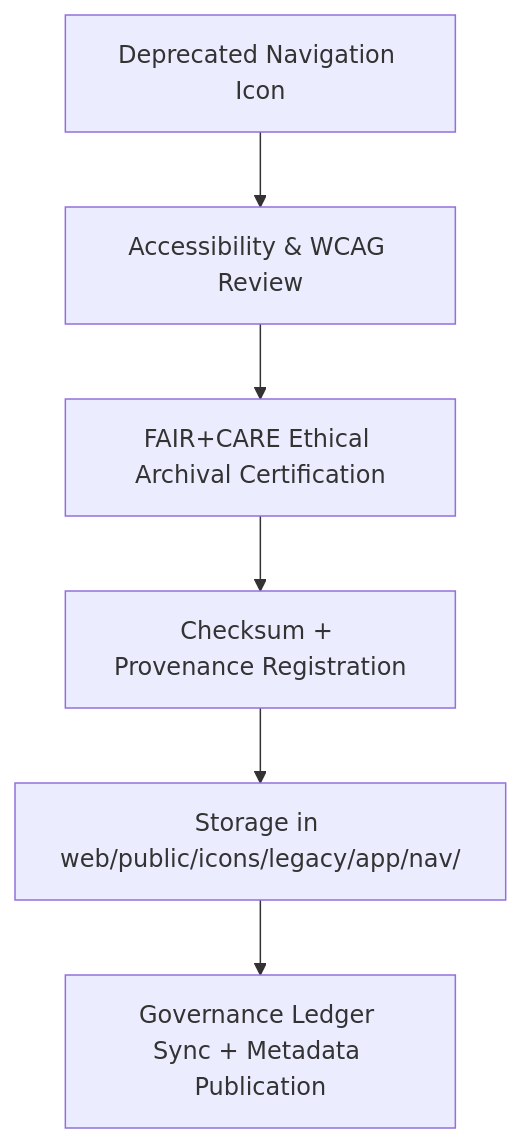
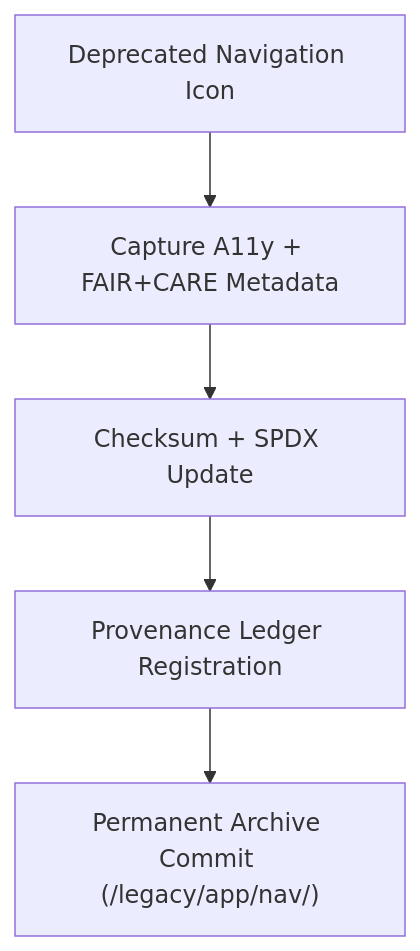
Before and after one commit to bartytime4life/Kansas-Frontier-Matrix: the diagram in web/public/icons/legacy/app/nav/README.md, drawn with Mermaid. The commit also changed other lines of this file, not shown here.

````diff
--- a/web/public/icons/legacy/app/nav/README.md
+++ b/web/public/icons/legacy/app/nav/README.md
@@ -65,8 +56,7 @@
 ```mermaid
 flowchart TD
-    A["Deprecated Navigation Icon"] --> B["Accessibility & WCAG Review"]
-    B --> C["FAIR+CARE Ethical Archival Certification"]
-    C --> D["Checksum + Provenance Registration"]
-    D --> E["Storage in web/public/icons/legacy/app/nav/"]
-    E --> F["Governance Ledger Sync + Metadata Publication"]
+A["Deprecated Navigation Icon"] --> B["Capture A11y + FAIR+CARE Metadata"]
+B --> C["Checksum + SPDX Update"]
+C --> D["Provenance Ledger Registration"]
+D --> E["Permanent Archive Commit (/legacy/app/nav/)"]
 ```
````
